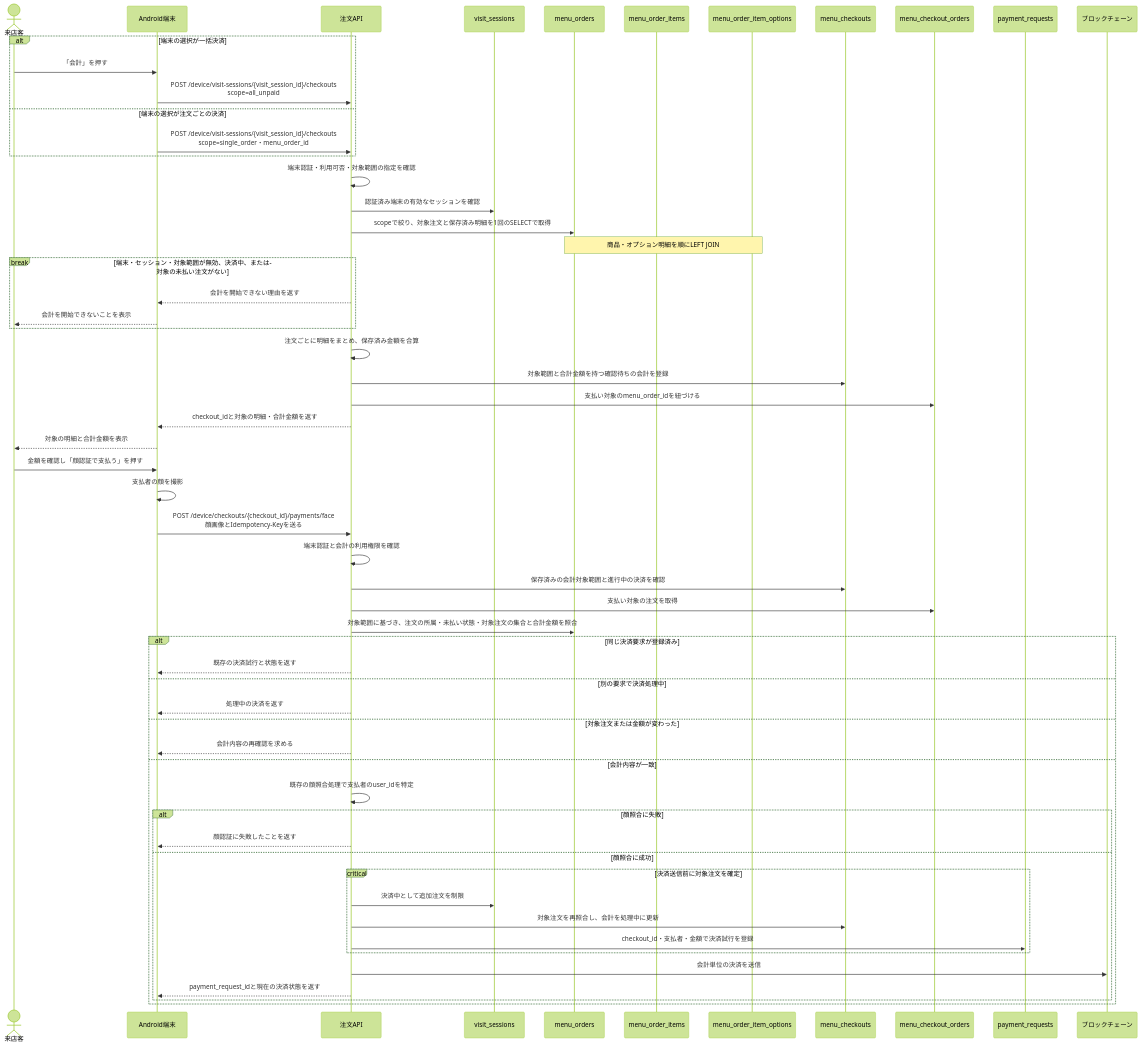
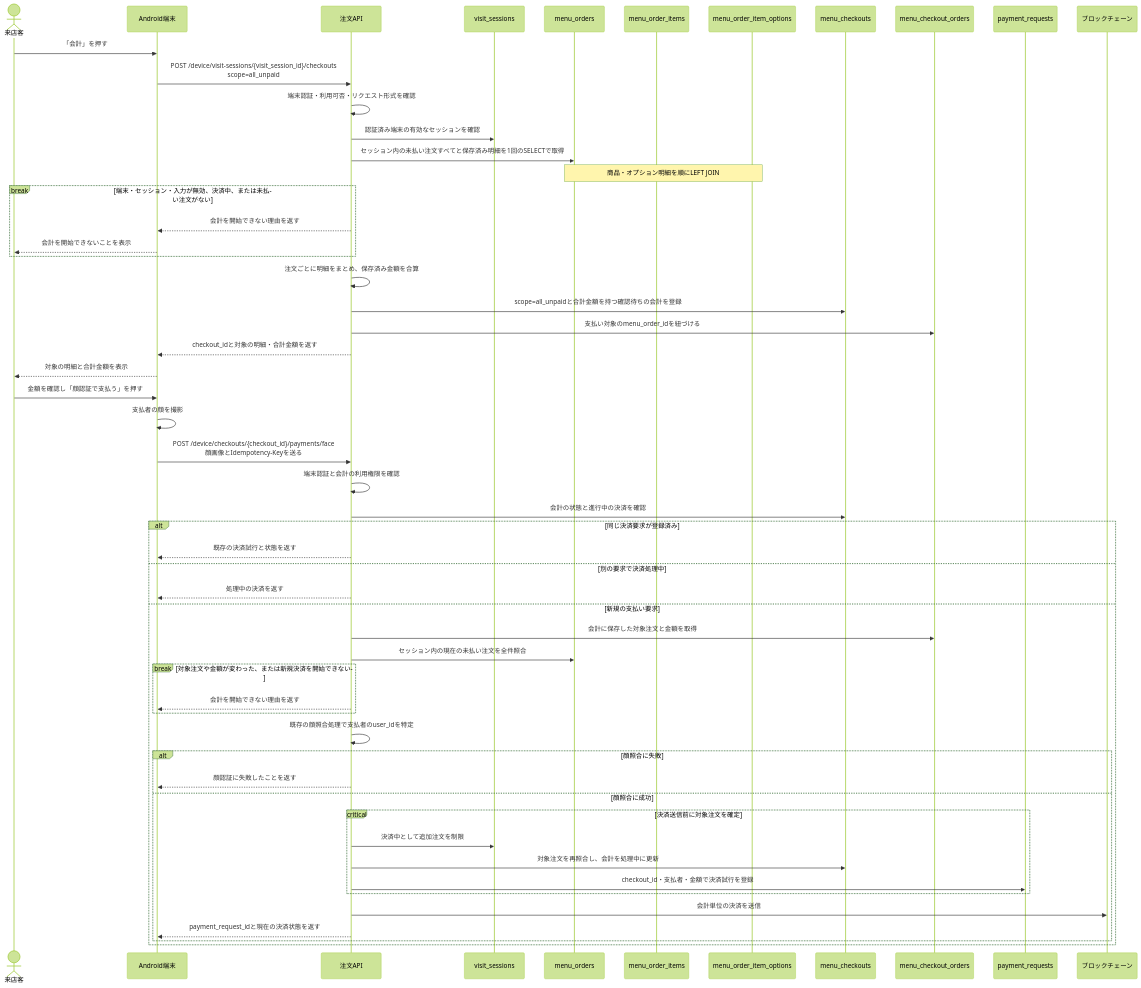
Before and after one commit to terao06/teraid-pay-api: the sixth of 9 diagrams in docs/メニューオーダーフロー.md, drawn with Mermaid (forest theme). The commit also changed other lines of this file and 34 other files, not shown here.

````diff
--- a/docs/メニューオーダーフロー.md
+++ b/docs/メニューオーダーフロー.md
@@ -294,62 +287,59 @@
 ```mermaid
 sequenceDiagram
     actor Guest as 来店客
     participant Device as Android端末
     participant API as 注文API
     participant Visits as visit_sessions
     participant Orders as menu_orders
     participant OrderItems as menu_order_items
     participant OrderOptions as menu_order_item_options
     participant Checkouts as menu_checkouts
     participant CheckoutOrders as menu_checkout_orders
     participant Payments as payment_requests
     participant Chain as ブロックチェーン
 
-    alt 端末の選択が一括決済
-        Guest->>Device: 「会計」を押す
-        Device->>API: POST /device/visit-sessions/{visit_session_id}/checkouts<br/>scope=all_unpaid
-    else 端末の選択が注文ごとの決済
-        Device->>API: POST /device/visit-sessions/{visit_session_id}/checkouts<br/>scope=single_order・menu_order_id
-    end
-    API->>API: 端末認証・利用可否・対象範囲の指定を確認
+    Guest->>Device: 「会計」を押す
+    Device->>API: POST /device/visit-sessions/{visit_session_id}/checkouts<br/>scope=all_unpaid
+    API->>API: 端末認証・利用可否・リクエスト形式を確認
     API->>Visits: 認証済み端末の有効なセッションを確認
-    API->>Orders: scopeで絞り、対象注文と保存済み明細を1回のSELECTで取得
+    API->>Orders: セッション内の未払い注文すべてと保存済み明細を1回のSELECTで取得
     Note over Orders,OrderOptions: 商品・オプション明細を順にLEFT JOIN
-    break 端末・セッション・対象範囲が無効、決済中、または対象の未払い注文がない
+    break 端末・セッション・入力が無効、決済中、または未払い注文がない
         API-->>Device: 会計を開始できない理由を返す
         Device-->>Guest: 会計を開始できないことを表示
     end
     API->>API: 注文ごとに明細をまとめ、保存済み金額を合算
-    API->>Checkouts: 対象範囲と合計金額を持つ確認待ちの会計を登録
+    API->>Checkouts: scope=all_unpaidと合計金額を持つ確認待ちの会計を登録
     API->>CheckoutOrders: 支払い対象のmenu_order_idを紐づける
     API-->>Device: checkout_idと対象の明細・合計金額を返す
     Device-->>Guest: 対象の明細と合計金額を表示
 
     Guest->>Device: 金額を確認し「顔認証で支払う」を押す
     Device->>Device: 支払者の顔を撮影
     Device->>API: POST /device/checkouts/{checkout_id}/payments/face<br/>顔画像とIdempotency-Keyを送る
     API->>API: 端末認証と会計の利用権限を確認
-    API->>Checkouts: 保存済みの会計対象範囲と進行中の決済を確認
-    API->>CheckoutOrders: 支払い対象の注文を取得
-    API->>Orders: 対象範囲に基づき、注文の所属・未払い状態・対象注文の集合と合計金額を照合
+    API->>Checkouts: 会計の状態と進行中の決済を確認
     alt 同じ決済要求が登録済み
         API-->>Device: 既存の決済試行と状態を返す
     else 別の要求で決済処理中
         API-->>Device: 処理中の決済を返す
-    else 対象注文または金額が変わった
-        API-->>Device: 会計内容の再確認を求める
-    else 会計内容が一致
+    else 新規の支払い要求
+        API->>CheckoutOrders: 会計に保存した対象注文と金額を取得
+        API->>Orders: セッション内の現在の未払い注文を全件照合
+        break 対象注文や金額が変わった、または新規決済を開始できない
+            API-->>Device: 会計を開始できない理由を返す
+        end
         API->>API: 既存の顔照合処理で支払者のuser_idを特定
         alt 顔照合に失敗
             API-->>Device: 顔認証に失敗したことを返す
         else 顔照合に成功
             critical 決済送信前に対象注文を確定
                 API->>Visits: 決済中として追加注文を制限
                 API->>Checkouts: 対象注文を再照合し、会計を処理中に更新
                 API->>Payments: checkout_id・支払者・金額で決済試行を登録
             end
             API->>Chain: 会計単位の決済を送信
             API-->>Device: payment_request_idと現在の決済状態を返す
         end
     end
 ```
````
